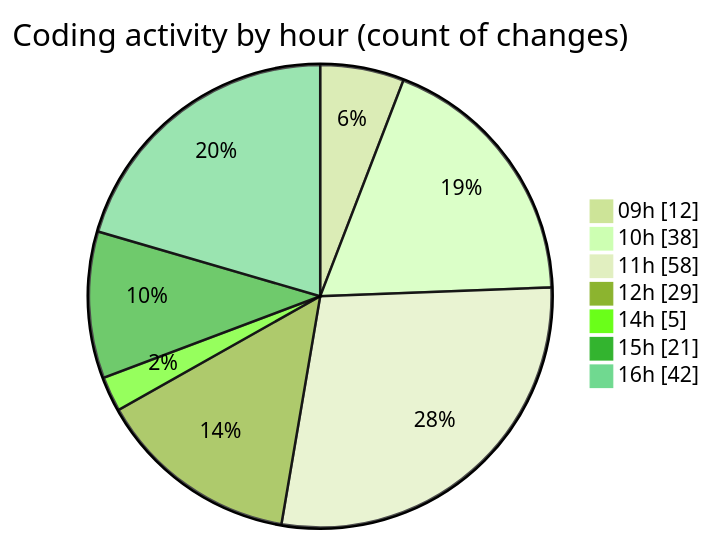
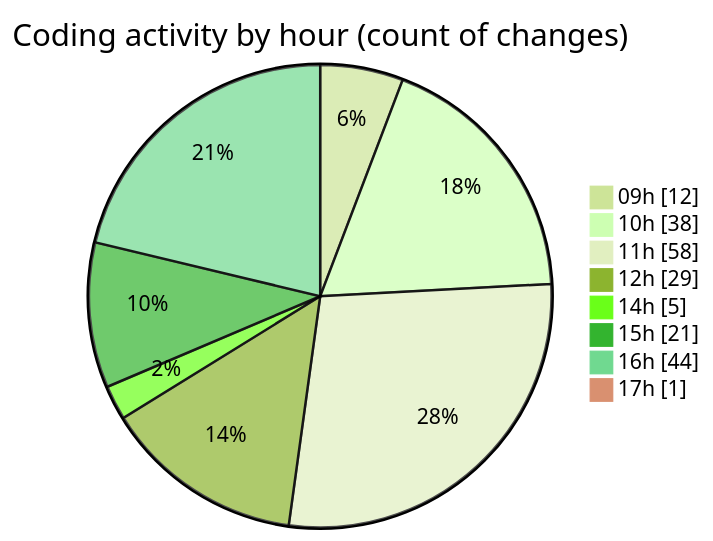
The second of 2 diagrams in 2025-10-03/cda/README.md (momahboobian/code-tracking), drawn with Mermaid (forest theme) before and after one commit. The commit also changed other lines of this file and 1 other file, not shown here.

````diff
--- a/2025-10-03/cda/README.md
+++ b/2025-10-03/cda/README.md
@@ -42,11 +42,12 @@
 ```mermaid
 pie showData
 title Coding activity by hour (count of changes)
 "09h" : 12
 "10h" : 38
 "11h" : 58
 "12h" : 29
 "14h" : 5
 "15h" : 21
-"16h" : 42
+"16h" : 44
+"17h" : 1
 ```
````
